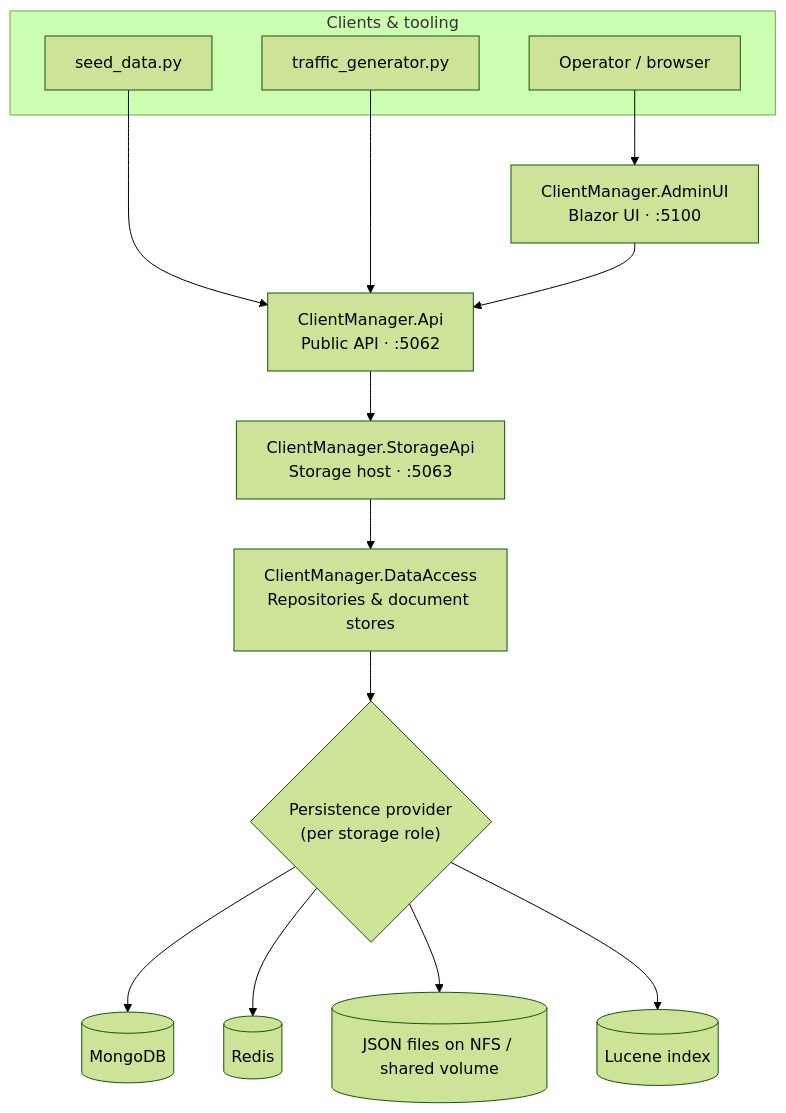
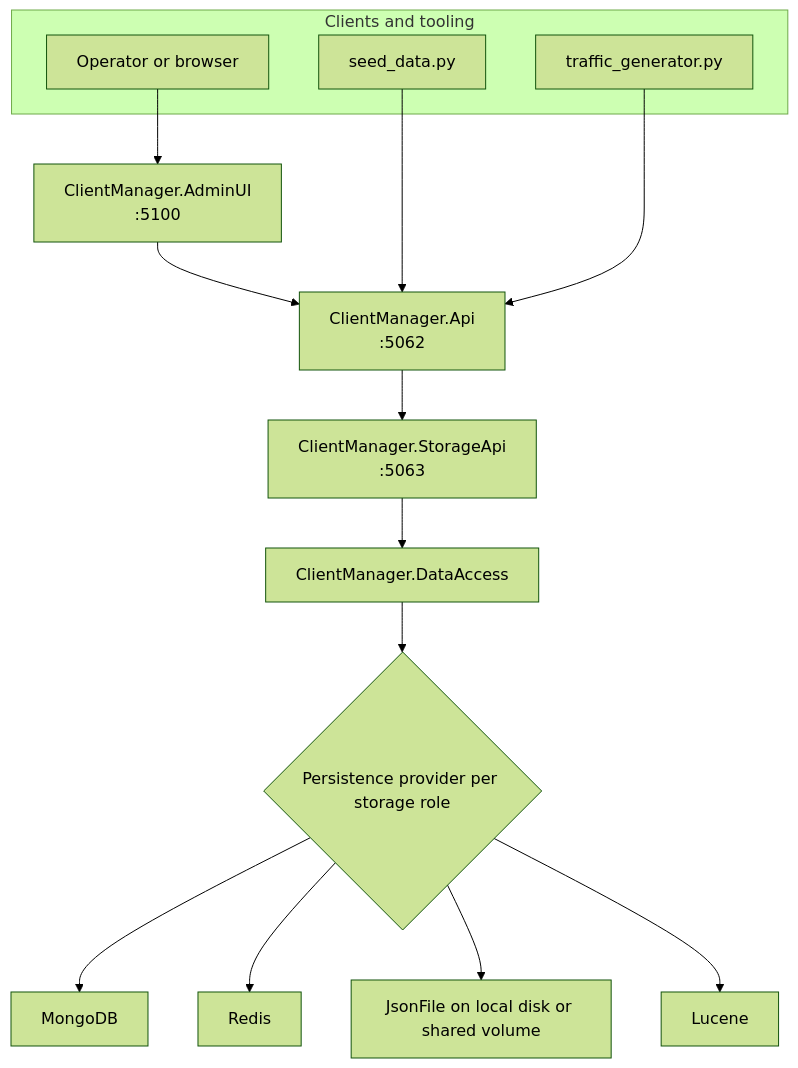
One commit to ShaharMS/ClientManager changed the diagram in README.md. Above: the diagram before and after it, drawn with Mermaid (forest theme). The commit also changed other lines of this file and 3 other files, not shown here.

Commit message:
bugfix(redis): add support for configurable database index in RedisDocumentStore

````diff
--- a/README.md
+++ b/README.md
@@ -66,21 +32,21 @@
 ```mermaid
 flowchart TD
-    subgraph clients[Clients & tooling]
-        operator[Operator / browser]
-        seed["seed_data.py"]
-        traffic["traffic_generator.py"]
+    subgraph clients[Clients and tooling]
+        operator[Operator or browser]
+        seed[seed_data.py]
+        traffic[traffic_generator.py]
     end
 
-    operator --> ui["ClientManager.AdminUI<br/>Blazor UI · :5100"]
+    operator --> ui[ClientManager.AdminUI<br/>:5100]
+    ui --> api[ClientManager.Api<br/>:5062]
     seed --> api
     traffic --> api
-    ui --> api["ClientManager.Api<br/>Public API · :5062"]
-    api --> storage["ClientManager.StorageApi<br/>Storage host · :5063"]
-    storage --> da["ClientManager.DataAccess<br/>Repositories & document stores"]
+    api --> storage[ClientManager.StorageApi<br/>:5063]
+    storage --> da[ClientManager.DataAccess]
 
-    da --> provider{"Persistence provider<br/>(per storage role)"}
-    provider --> mongo[("MongoDB")]
-    provider --> redis[("Redis")]
-    provider --> nfs[("JSON files on NFS / shared volume")]
-    provider --> lucene[("Lucene index")]
+    da --> provider{Persistence provider per storage role}
+    provider --> mongo[MongoDB]
+    provider --> redis[Redis]
+    provider --> files[JsonFile on local disk or shared volume]
+    provider --> lucene[Lucene]
 ```
````
